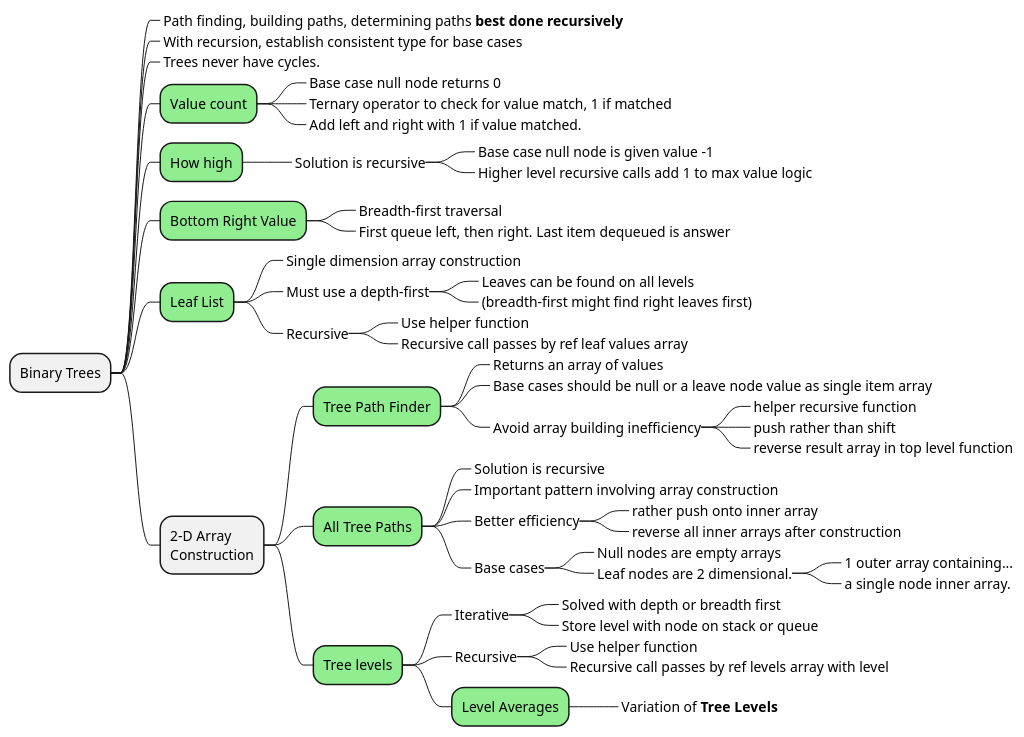
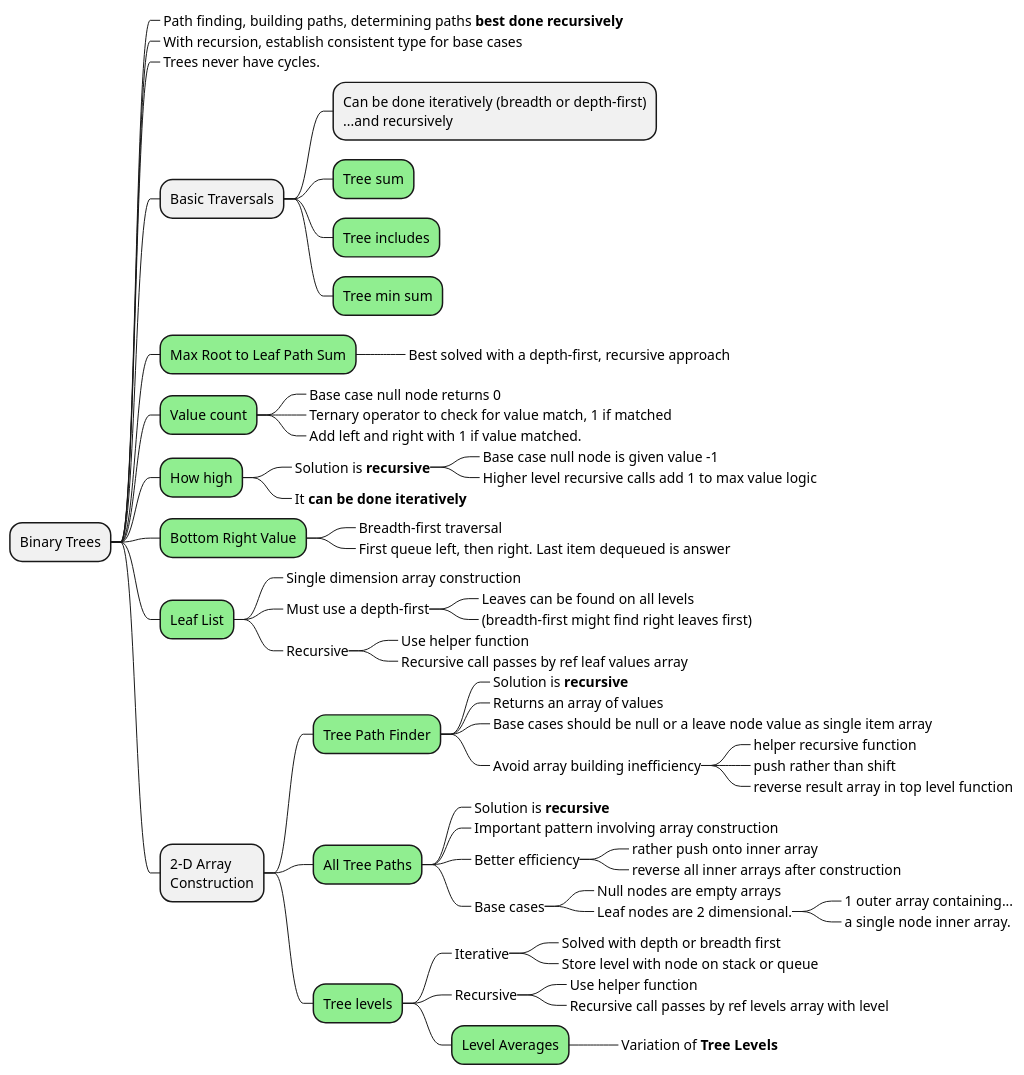
Before and after one commit to bobbyache/ComputerScienceWithJavaScript: the diagram in alvin/binary-trees-mindmap.plantuml, drawn with PlantUML. The commit also changed 3 other files, not shown here.

```diff
--- a/alvin/binary-trees-mindmap.plantuml
+++ b/alvin/binary-trees-mindmap.plantuml
@@ -1,86 +1,97 @@
 @startmindmap
 
 + Binary Trees
 ++_ Path finding, building paths, determining paths **best done recursively**
 ++_ With recursion, establish consistent type for base cases
 ++_ Trees never have cycles.
 
+++ Basic Traversals
++++ Can be done iteratively (breadth or depth-first)\n...and recursively
++++[#lightgreen] Tree sum
++++[#lightgreen] Tree includes
++++[#lightgreen] Tree min sum
+
+++[#lightgreen] Max Root to Leaf Path Sum
++++_ Best solved with a depth-first, recursive approach
+
 ++[#lightgreen] Value count
 +++_ Base case null node returns 0
 +++_ Ternary operator to check for value match, 1 if matched
 +++_ Add left and right with 1 if value matched.
 
 ++[#lightgreen] How high
-+++_ Solution is recursive
++++_ Solution is **recursive**
 ++++_ Base case null node is given value -1
 ++++_ Higher level recursive calls add 1 to max value logic
++++_ It **can be done iteratively**
 
 ++[#lightgreen] Bottom Right Value
 +++_ Breadth-first traversal
 +++_ First queue left, then right. Last item dequeued is answer
 
 ++[#lightgreen] Leaf List
 +++_ Single dimension array construction
 +++_ Must use a depth-first
 ++++_ Leaves can be found on all levels
 ++++_ (breadth-first might find right leaves first)
 +++_ Recursive
 ++++_ Use helper function
 ++++_ Recursive call passes by ref leaf values array
 
 ++ 2-D Array\nConstruction
 
 +++[#lightgreen] Tree Path Finder
+++++_ Solution is **recursive**
 ++++_ Returns an array of values
 ++++_ Base cases should be null or a leave node value as single item array
 ++++_ Avoid array building inefficiency
 +++++_ helper recursive function
 +++++_ push rather than shift
 +++++_ reverse result array in top level function
 
 +++[#lightgreen] All Tree Paths
-++++_ Solution is recursive
+++++_ Solution is **recursive**
 ++++_ Important pattern involving array construction
 ++++_ Better efficiency
 +++++_ rather push onto inner array
 +++++_ reverse all inner arrays after construction
 ++++_ Base cases
 +++++_ Null nodes are empty arrays
 +++++_ Leaf nodes are 2 dimensional.
 ++++++_ 1 outer array containing...
 ++++++_ a single node inner array.
 
 
 +++[#lightgreen] Tree levels
 ++++_ Iterative
 +++++_ Solved with depth or breadth first
 +++++_ Store level with node on stack or queue
 ++++_ Recursive
 +++++_ Use helper function
 +++++_ Recursive call passes by ref levels array with level
 
 ++++[#lightgreen] Level Averages
 +++++_ Variation of **Tree Levels**
 
 
 
 
 ' ++[#lightgreen] Problem
 ' +++_ desc
 ' +++_ des
 ' ++[#lightgreen] Problem
 ' +++_ desc
 ' +++_ des
 ' ++[#lightgreen] Problem
 ' +++_ desc
 ' +++_ des
 ' ++[#lightgreen] Problem
 ' +++_ desc
 ' +++_ des
 ' ++[#lightgreen] Problem
 ' +++_ desc
 ' +++_ des
 
 
 
 @endmindmap
```
